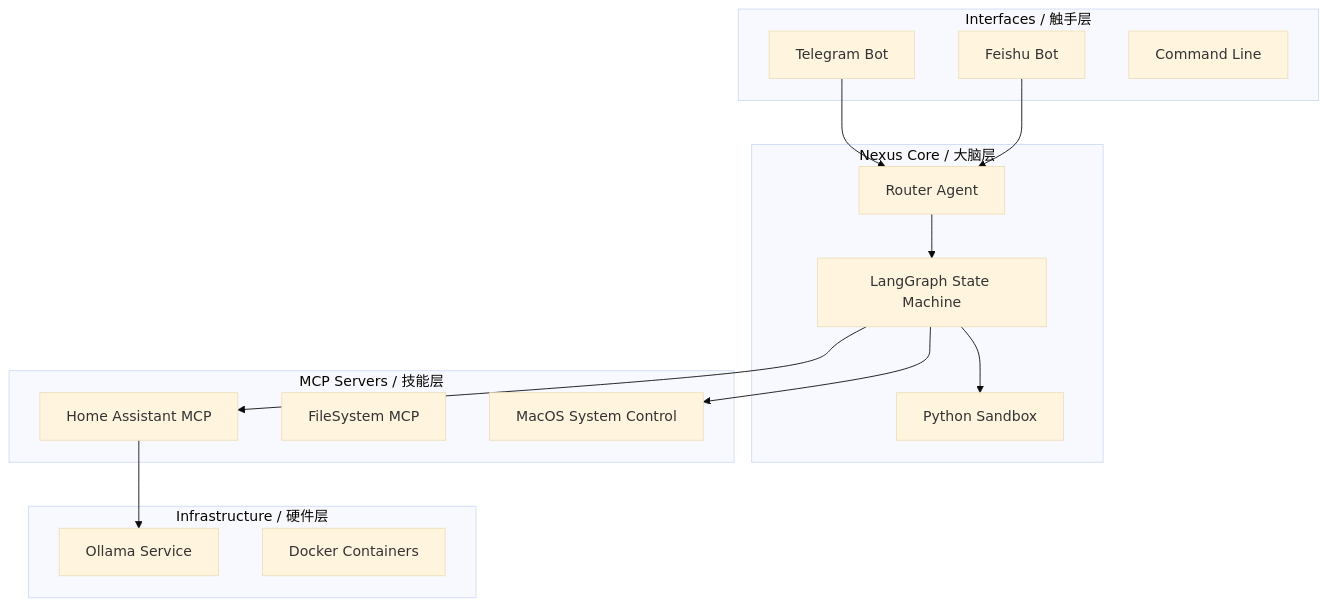
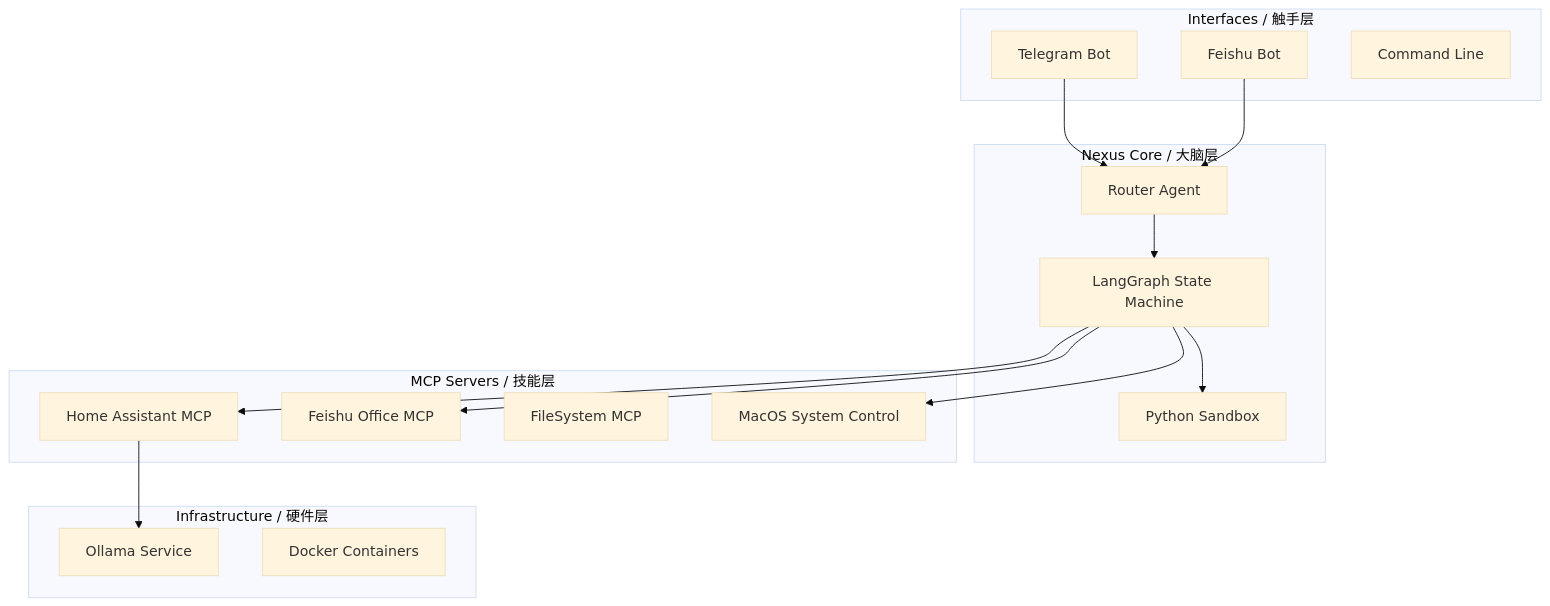
The diagram in README.md (nexus-agent-lab/nexus-agent), drawn with Mermaid (base theme) before and after one commit. The commit also changed other lines of this file and 17 other files, not shown here.

````diff
--- a/README.md
+++ b/README.md
@@ -68,33 +74,35 @@
 ```mermaid
 graph TD
     subgraph Interfaces [Interfaces / 触手层]
         TG[Telegram Bot]
         FS[Feishu Bot]
         CLI[Command Line]
     end
 
     subgraph Core [Nexus Core / 大脑层]
         Router[Router Agent]
         Planner[LangGraph State Machine]
         Sandbox[Python Sandbox]
     end
 
     subgraph Skills [MCP Servers / 技能层]
         HA[Home Assistant MCP]
+        FeishuMPC[Feishu Office MCP]
         File[FileSystem MCP]
         System[MacOS System Control]
     end
 
     subgraph Hardware [Infrastructure / 硬件层]
         Ollama[Ollama Service]
         Docker[Docker Containers]
     end
 
     TG --> Router
     FS --> Router
     Router --> Planner
     Planner --> HA
+    Planner --> FeishuMPC
     Planner --> Sandbox
     Planner --> System
     HA --> Ollama
 ```
````
